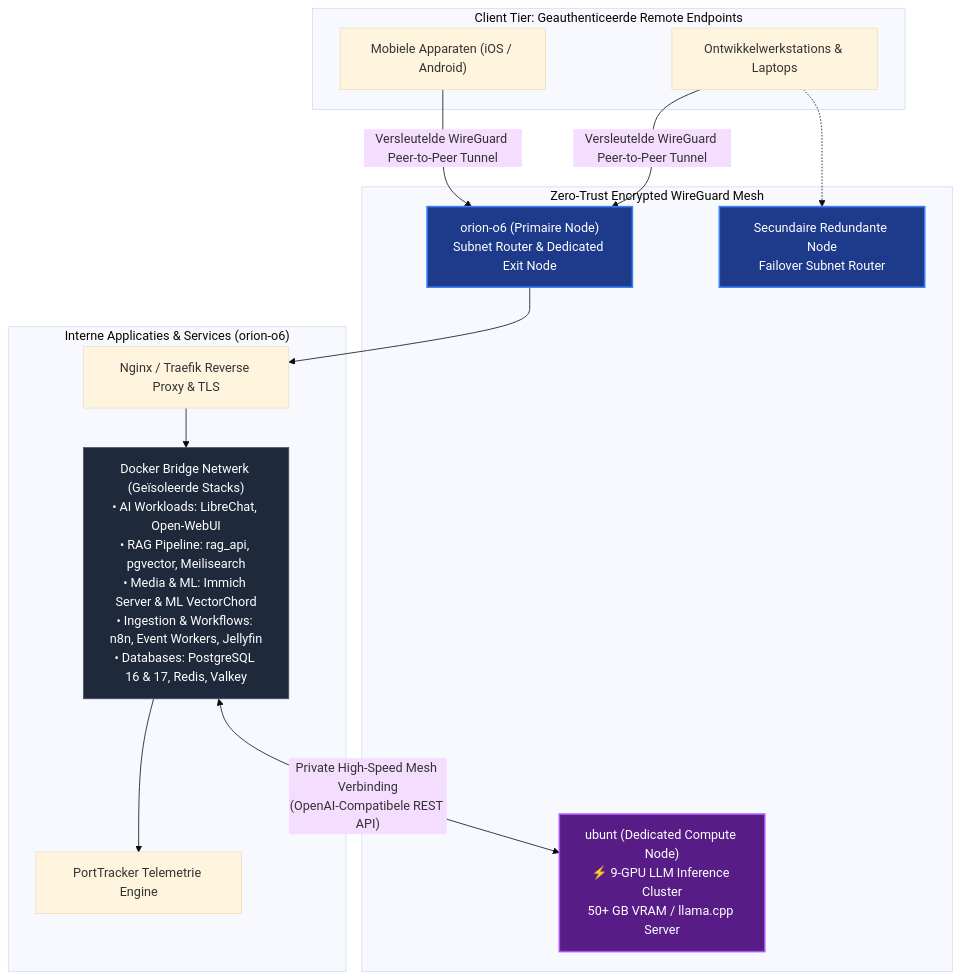
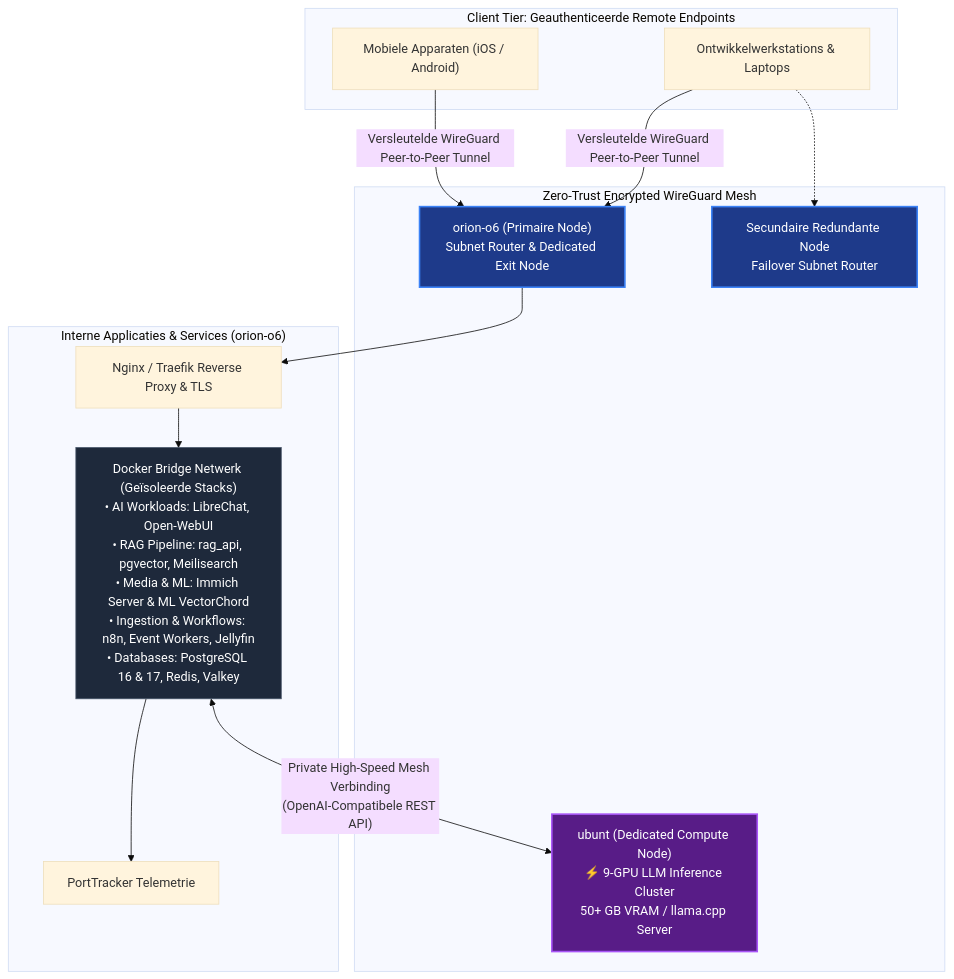
The diagram in content/projects/homelab/index.nl.md (sebian-lab/sebian-lab.github.io), drawn with Mermaid (base theme) before and after one commit. The commit also changed other lines of this file and 5 other files, not shown here.

Commit message:
Clarify PortTracker is configured rather than self-developed

```diff
--- a/content/projects/homelab/index.nl.md
+++ b/content/projects/homelab/index.nl.md
@@ -80,35 +80,35 @@
 {{< mermaid >}}
 graph TD
     subgraph ClientTier ["Client Tier: Geauthenticeerde Remote Endpoints"]
         DevPC["Ontwikkelwerkstations & Laptops"]
         Mobile["Mobiele Apparaten (iOS / Android)"]
     end
 
     subgraph Tailnet ["Zero-Trust Encrypted WireGuard Mesh"]
         Router1["orion-o6 (Primaire Node)<br>Subnet Router & Dedicated Exit Node"]
         Router2["Secundaire Redundante Node<br>Failover Subnet Router"]
         GPUCluster["ubunt (Dedicated Compute Node)<br>⚡ 9-GPU LLM Inference Cluster<br>50+ GB VRAM / llama.cpp Server"]
     end
 
     subgraph InternalApps ["Interne Applicaties & Services (orion-o6)"]
         NginxProxy["Nginx / Traefik Reverse Proxy & TLS"]
         Containers["Docker Bridge Netwerk (Geïsoleerde Stacks)<br>• AI Workloads: LibreChat, Open-WebUI<br>• RAG Pipeline: rag_api, pgvector, Meilisearch<br>• Media & ML: Immich Server & ML VectorChord<br>• Ingestion & Workflows: n8n, Event Workers, Jellyfin<br>• Databases: PostgreSQL 16 & 17, Redis, Valkey"]
-        Monitoring["PortTracker Telemetrie Engine"]
+        Monitoring["PortTracker Telemetrie"]
     end
 
     DevPC -->|"Versleutelde WireGuard Peer-to-Peer Tunnel"| Router1
     Mobile -->|"Versleutelde WireGuard Peer-to-Peer Tunnel"| Router1
     DevPC -.-> Router2
 
     Router1 --> NginxProxy
     NginxProxy --> Containers
     Containers --> Monitoring
 
     %% Private communicatie tussen AI frontends en 9-GPU cluster
     Containers <-->|"Private High-Speed Mesh Verbinding<br>(OpenAI-Compatibele REST API)"| GPUCluster
 
     style Router1 fill:#1e3a8a,stroke:#3b82f6,stroke-width:2px,color:#fff
     style Router2 fill:#1e3a8a,stroke:#3b82f6,stroke-width:2px,color:#fff
     style GPUCluster fill:#581c87,stroke:#a855f7,stroke-width:2px,color:#fff
     style Containers fill:#1e293b,stroke:#475569,color:#fff
 {{< /mermaid >}}
```
